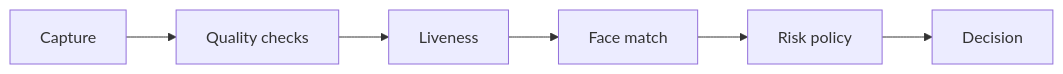
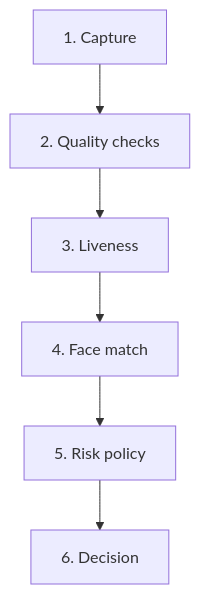
One commit to Nivratti/ekyc-face-liveness-playbook changed the second of 2 diagrams in docs/00-overview.md. Above: the diagram before and after it, drawn with Mermaid. The commit also changed 31 other files, not shown here.

Commit message:
docs: improve mermaid diagram readability by converting wide flows to vertical layouts

````diff
--- a/docs/00-overview.md
+++ b/docs/00-overview.md
@@ -126,8 +126,11 @@
 ```mermaid
-flowchart LR
-    A[Capture] --> B[Quality checks]
-    B --> C[Liveness]
-    C --> D[Face match]
-    D --> E[Risk policy]
-    E --> F[Decision]
+flowchart TB
+    A[1. Capture]
+    B[2. Quality checks]
+    C[3. Liveness]
+    D[4. Face match]
+    E[5. Risk policy]
+    F[6. Decision]
+
+    A --> B --> C --> D --> E --> F
 ```
````
